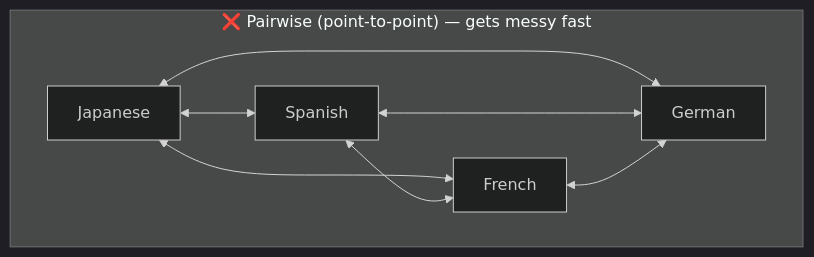
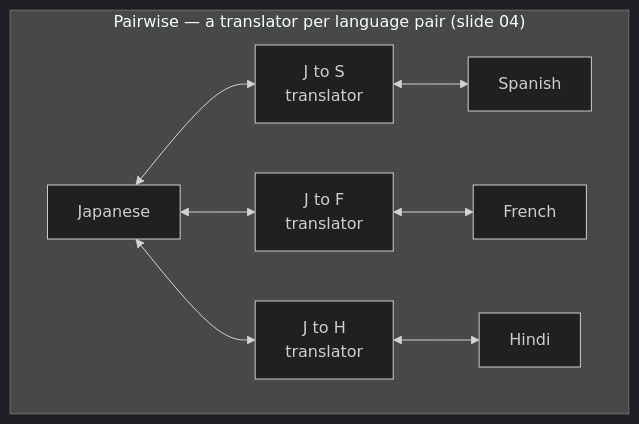
The fourth of 7 diagrams in detailed-notes/day01.md (developerashok99/green-c-mule-notes), drawn with Mermaid (dark theme) before and after one commit. The commit also changed other lines of this file and 3 other files, not shown here.

````diff
--- a/detailed-notes/day01.md
+++ b/detailed-notes/day01.md
@@ -63,11 +67,8 @@
 ```mermaid
 flowchart TB
-    subgraph "❌ Pairwise (point-to-point) — gets messy fast"
-    J1[Japanese] <--> S1[Spanish]
-    J1 <--> F1[French]
-    J1 <--> G1[German]
-    S1 <--> F1
-    S1 <--> G1
-    F1 <--> G1
+    subgraph PW["Pairwise — a translator per language pair (slide 04)"]
+    J1[Japanese] <--> T1[J to S<br/>translator] <--> S1[Spanish]
+    J1 <--> T2[J to F<br/>translator] <--> F1[French]
+    J1 <--> T3[J to H<br/>translator] <--> H1[Hindi]
     end
 ```
````
